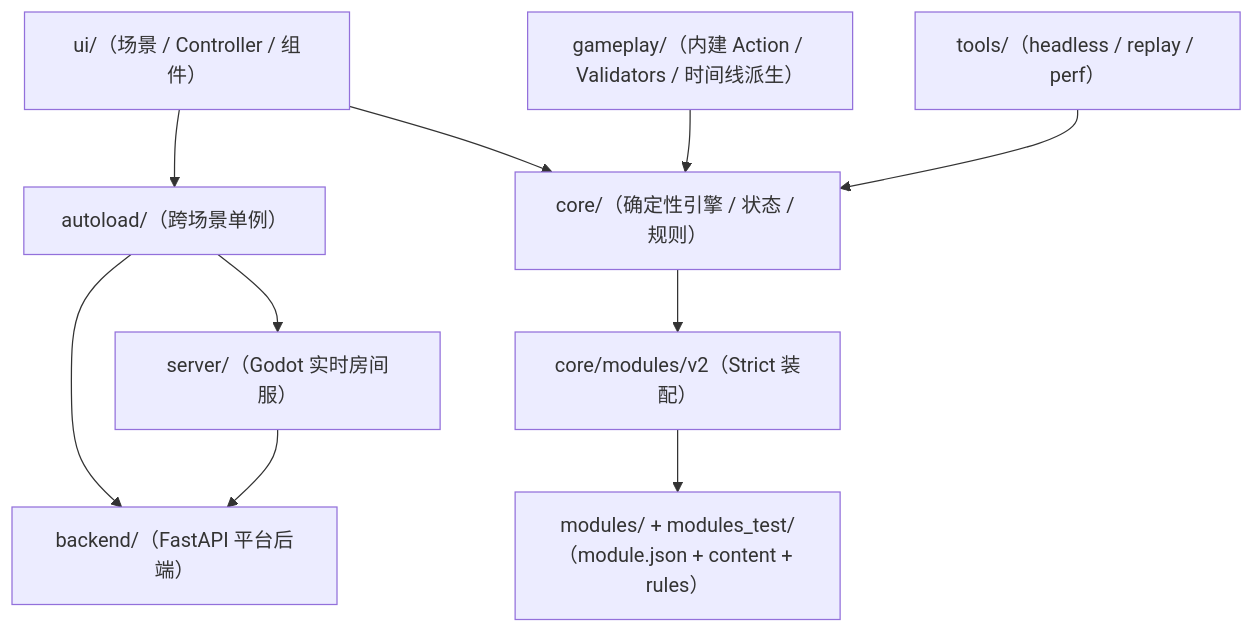
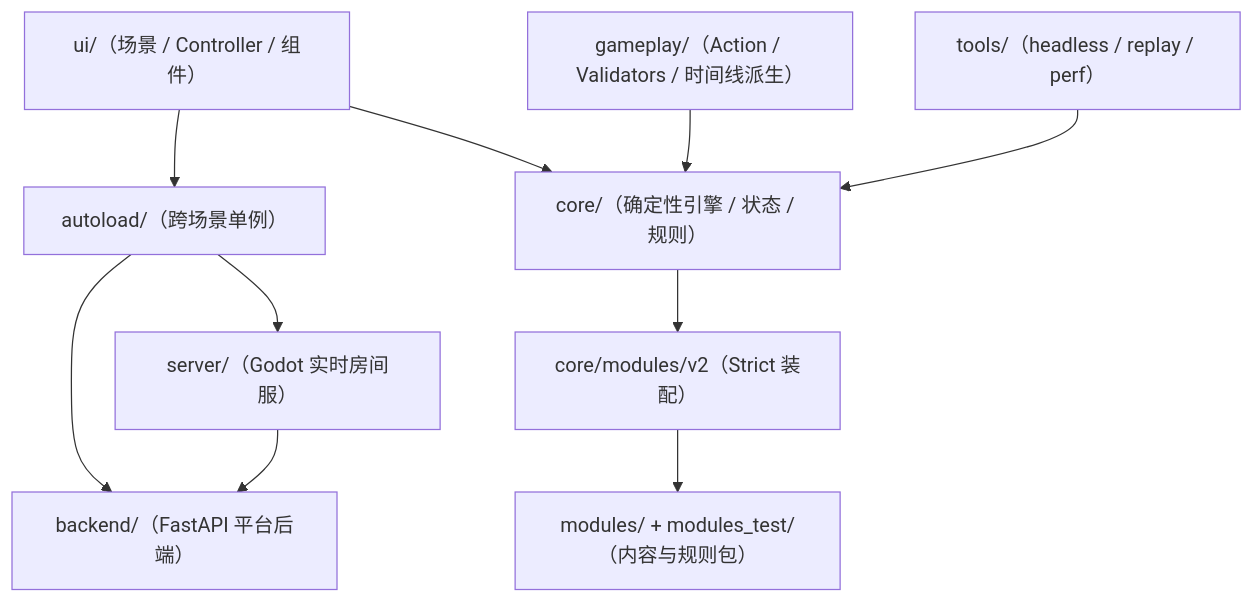
The diagram in docs/architecture/README.md (ygowill/food_chain_magnate), drawn with Mermaid before and after one commit. The commit also changed other lines of this file and 61 other files, not shown here.

````diff
--- a/docs/architecture/README.md
+++ b/docs/architecture/README.md
@@ -7,21 +5,21 @@
 ```mermaid
 flowchart TB
   UI["ui/（场景 / Controller / 组件）"]
   AL["autoload/（跨场景单例）"]
   CORE["core/（确定性引擎 / 状态 / 规则）"]
-  GP["gameplay/（内建 Action / Validators / 时间线派生）"]
+  GP["gameplay/（Action / Validators / 时间线派生）"]
   MV2["core/modules/v2（Strict 装配）"]
-  MODS["modules/ + modules_test/（module.json + content + rules）"]
+  MODS["modules/ + modules_test/（内容与规则包）"]
   SERVER["server/（Godot 实时房间服）"]
   BACKEND["backend/（FastAPI 平台后端）"]
   TOOLS["tools/（headless / replay / perf）"]
 
   UI --> AL
   UI --> CORE
   CORE --> MV2 --> MODS
   GP --> CORE
   AL --> SERVER
   AL --> BACKEND
   SERVER --> BACKEND
   TOOLS --> CORE
 ```
````
